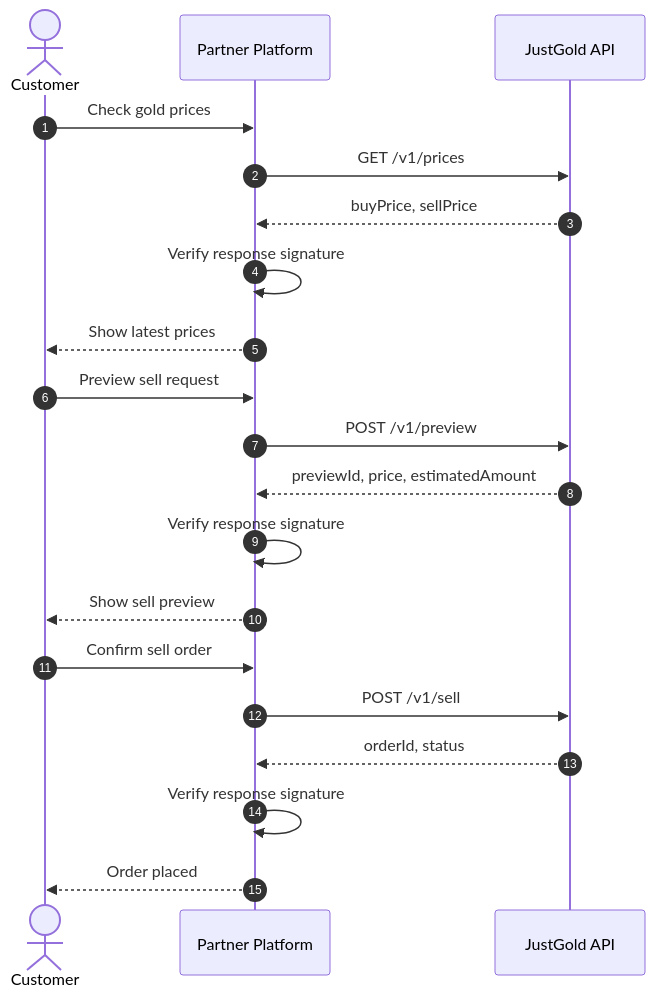
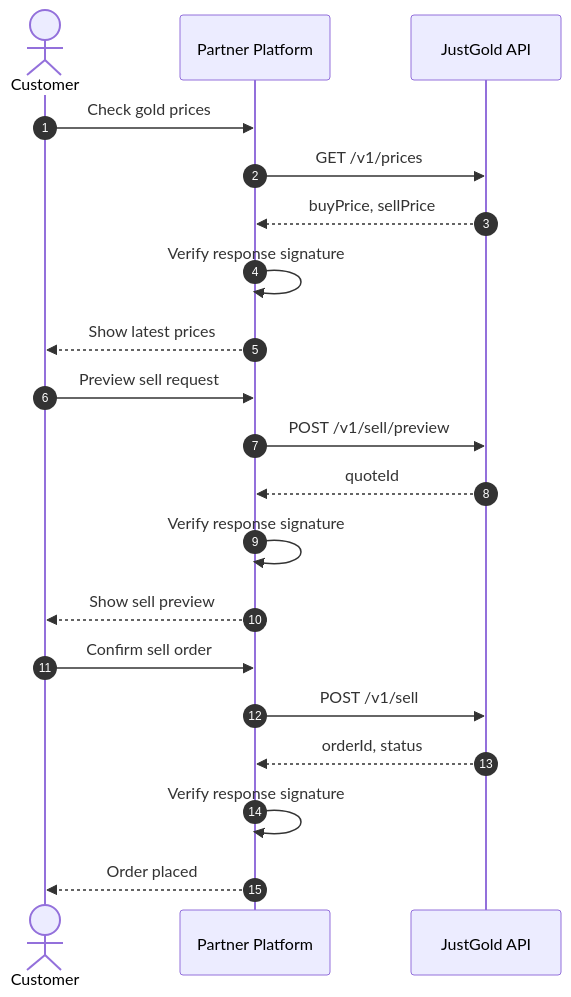
The second of 2 diagrams in integration-flow.md (Just-Gold-JG/docs), drawn with Mermaid before and after one commit. The commit also changed other lines of this file and 4 other files, not shown here.

````diff
--- a/integration-flow.md
+++ b/integration-flow.md
@@ -41,25 +41,25 @@
 ```mermaid
 sequenceDiagram
     autonumber
     actor Customer
     participant Partner as Partner Platform
     participant JustGold as JustGold API
 
     Customer->>Partner: Check gold prices
     Partner->>JustGold: GET /v1/prices
     JustGold-->>Partner: buyPrice, sellPrice
     Partner->>Partner: Verify response signature
     Partner-->>Customer: Show latest prices
 
     Customer->>Partner: Preview sell request
-    Partner->>JustGold: POST /v1/preview
-    JustGold-->>Partner: previewId, price, estimatedAmount
+    Partner->>JustGold: POST /v1/sell/preview
+    JustGold-->>Partner: quoteId
     Partner->>Partner: Verify response signature
     Partner-->>Customer: Show sell preview
 
     Customer->>Partner: Confirm sell order
     Partner->>JustGold: POST /v1/sell
     JustGold-->>Partner: orderId, status
     Partner->>Partner: Verify response signature
     Partner-->>Customer: Order placed
 ```
````
